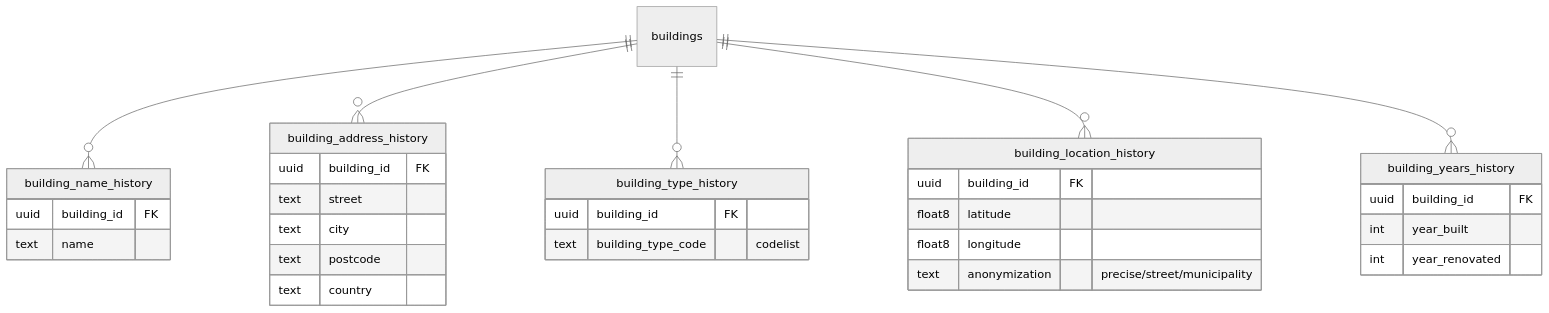
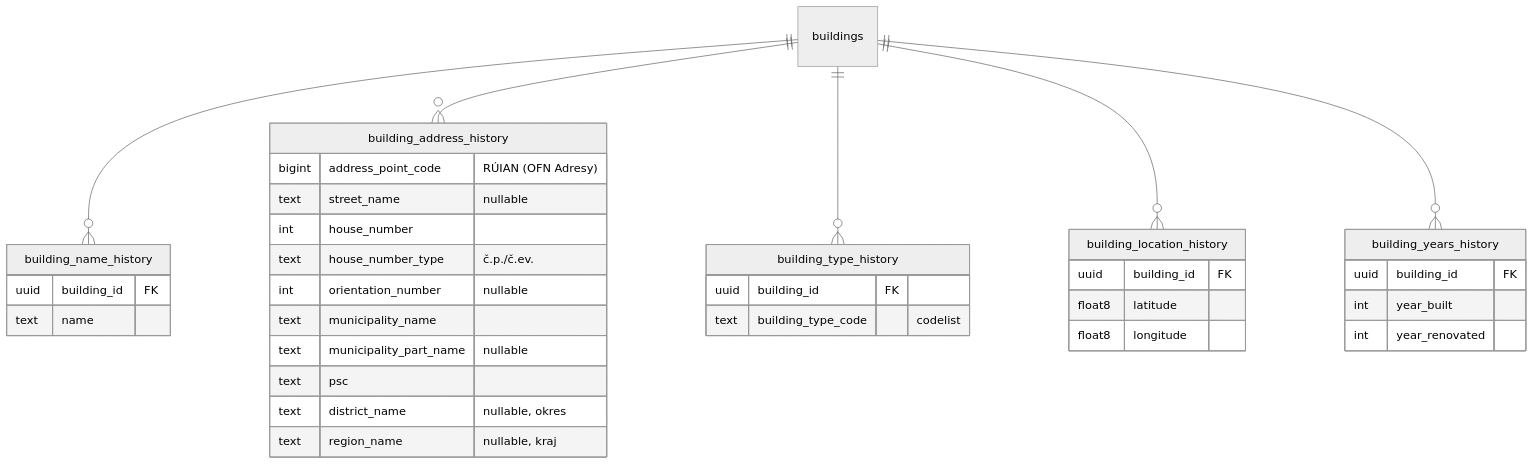
The third of 6 diagrams in docs/er/README.md (ambiquality/ambiquality-backend), drawn with Mermaid (neutral theme) before and after one commit. The commit also changed 51 other files, not shown here.

First line of the commit message:
feat(evidence,public): adopt Czech OFN Adresy address model, drop anonymization

````diff
--- a/docs/er/README.md
+++ b/docs/er/README.md
@@ -104,35 +104,39 @@
 ```mermaid
 erDiagram
     buildings ||--o{ building_name_history : ""
     buildings ||--o{ building_address_history : ""
     buildings ||--o{ building_type_history : ""
     buildings ||--o{ building_location_history : ""
     buildings ||--o{ building_years_history : ""
 
     building_name_history {
         uuid building_id FK
         text name
     }
     building_address_history {
-        uuid building_id FK
-        text street
-        text city
-        text postcode
-        text country
+        bigint address_point_code "RÚIAN (OFN Adresy)"
+        text street_name "nullable"
+        int house_number
+        text house_number_type "č.p./č.ev."
+        int orientation_number "nullable"
+        text municipality_name
+        text municipality_part_name "nullable"
+        text psc
+        text district_name "nullable, okres"
+        text region_name "nullable, kraj"
     }
     building_type_history {
         uuid building_id FK
         text building_type_code "codelist"
     }
     building_location_history {
         uuid building_id FK
         float8 latitude
         float8 longitude
-        text anonymization "precise/street/municipality"
     }
     building_years_history {
         uuid building_id FK
         int year_built
         int year_renovated
     }
 ```
````
